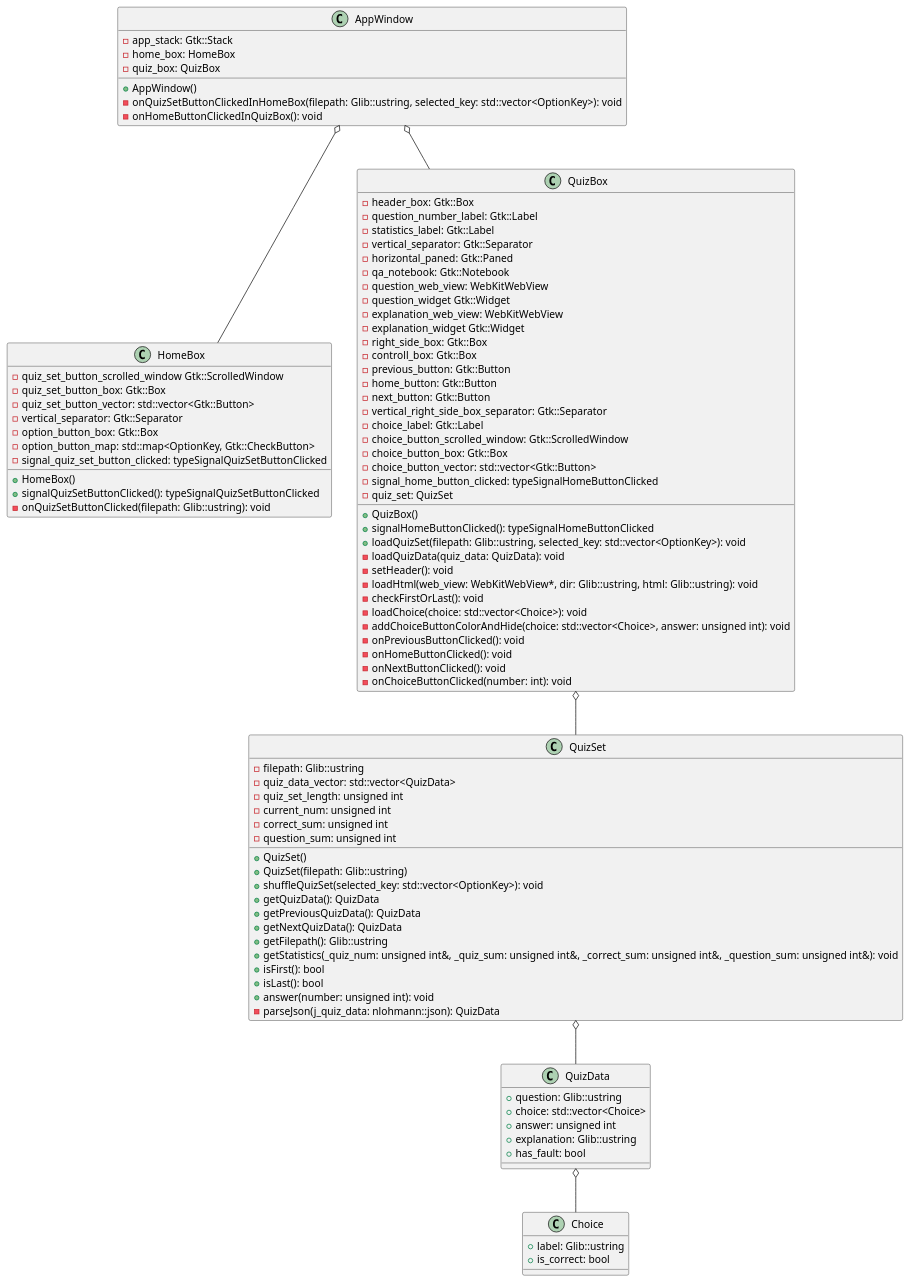
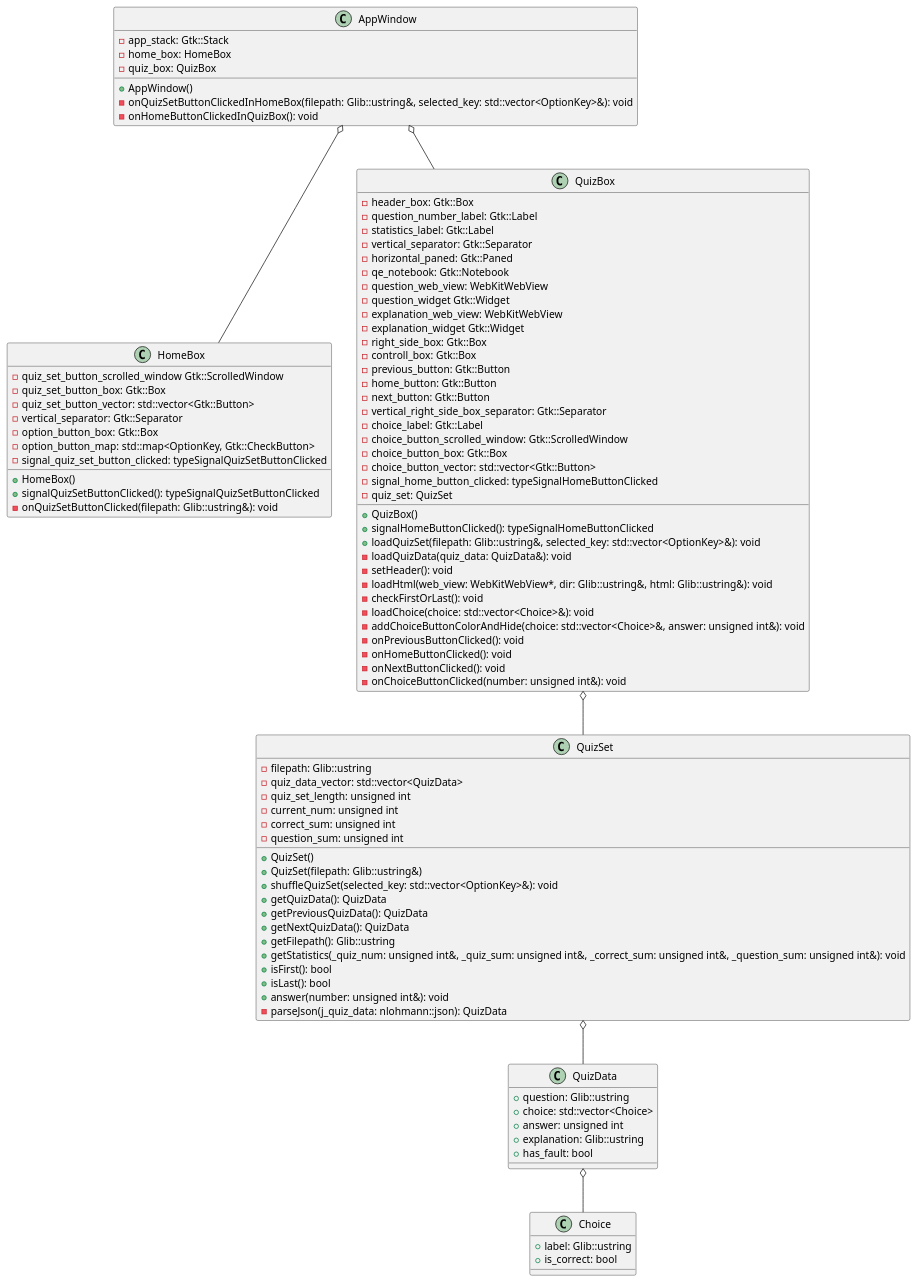
Before and after one commit to mikiya1130/Multiple_Choice_Quiz: the diagram in design/class_diagram.plantuml, drawn with PlantUML. The commit also changed 8 other files, not shown here.

```diff
--- a/design/class_diagram.plantuml
+++ b/design/class_diagram.plantuml
@@ -1,107 +1,107 @@
 @startuml class_diagram
 
 class AppWindow {
     - app_stack: Gtk::Stack
     - home_box: HomeBox
     - quiz_box: QuizBox
 
     + AppWindow()
-    - onQuizSetButtonClickedInHomeBox(filepath: Glib::ustring, selected_key: std::vector<OptionKey>): void
+    - onQuizSetButtonClickedInHomeBox(filepath: Glib::ustring&, selected_key: std::vector<OptionKey>&): void
     - onHomeButtonClickedInQuizBox(): void
 }
 
 class HomeBox {
     - quiz_set_button_scrolled_window Gtk::ScrolledWindow
     - quiz_set_button_box: Gtk::Box
     - quiz_set_button_vector: std::vector<Gtk::Button>
     - vertical_separator: Gtk::Separator
     - option_button_box: Gtk::Box
     - option_button_map: std::map<OptionKey, Gtk::CheckButton>
     - signal_quiz_set_button_clicked: typeSignalQuizSetButtonClicked
 
     + HomeBox()
     + signalQuizSetButtonClicked(): typeSignalQuizSetButtonClicked
-    - onQuizSetButtonClicked(filepath: Glib::ustring): void
+    - onQuizSetButtonClicked(filepath: Glib::ustring&): void
 }
 
 class QuizBox {
     - header_box: Gtk::Box
     - question_number_label: Gtk::Label
     - statistics_label: Gtk::Label
     - vertical_separator: Gtk::Separator
     - horizontal_paned: Gtk::Paned
-    - qa_notebook: Gtk::Notebook
+    - qe_notebook: Gtk::Notebook
     - question_web_view: WebKitWebView
     - question_widget Gtk::Widget
     - explanation_web_view: WebKitWebView
     - explanation_widget Gtk::Widget
     - right_side_box: Gtk::Box
     - controll_box: Gtk::Box
     - previous_button: Gtk::Button
     - home_button: Gtk::Button
     - next_button: Gtk::Button
     - vertical_right_side_box_separator: Gtk::Separator
     - choice_label: Gtk::Label
     - choice_button_scrolled_window: Gtk::ScrolledWindow
     - choice_button_box: Gtk::Box
     - choice_button_vector: std::vector<Gtk::Button>
     - signal_home_button_clicked: typeSignalHomeButtonClicked
     - quiz_set: QuizSet
 
     + QuizBox()
     + signalHomeButtonClicked(): typeSignalHomeButtonClicked
-    + loadQuizSet(filepath: Glib::ustring, selected_key: std::vector<OptionKey>): void
-    - loadQuizData(quiz_data: QuizData): void
+    + loadQuizSet(filepath: Glib::ustring&, selected_key: std::vector<OptionKey>&): void
+    - loadQuizData(quiz_data: QuizData&): void
     - setHeader(): void
-    - loadHtml(web_view: WebKitWebView*, dir: Glib::ustring, html: Glib::ustring): void
+    - loadHtml(web_view: WebKitWebView*, dir: Glib::ustring&, html: Glib::ustring&): void
     - checkFirstOrLast(): void
-    - loadChoice(choice: std::vector<Choice>): void
-    - addChoiceButtonColorAndHide(choice: std::vector<Choice>, answer: unsigned int): void
+    - loadChoice(choice: std::vector<Choice>&): void
+    - addChoiceButtonColorAndHide(choice: std::vector<Choice>&, answer: unsigned int&): void
     - onPreviousButtonClicked(): void
     - onHomeButtonClicked(): void
     - onNextButtonClicked(): void
-    - onChoiceButtonClicked(number: int): void
+    - onChoiceButtonClicked(number: unsigned int&): void
 }
 
 class QuizSet {
     - filepath: Glib::ustring
     - quiz_data_vector: std::vector<QuizData>
     - quiz_set_length: unsigned int
     - current_num: unsigned int
     - correct_sum: unsigned int
     - question_sum: unsigned int
 
     + QuizSet()
-    + QuizSet(filepath: Glib::ustring)
-    + shuffleQuizSet(selected_key: std::vector<OptionKey>): void
+    + QuizSet(filepath: Glib::ustring&)
+    + shuffleQuizSet(selected_key: std::vector<OptionKey>&): void
     + getQuizData(): QuizData
     + getPreviousQuizData(): QuizData
     + getNextQuizData(): QuizData
     + getFilepath(): Glib::ustring
     + getStatistics(_quiz_num: unsigned int&, _quiz_sum: unsigned int&, _correct_sum: unsigned int&, _question_sum: unsigned int&): void
     + isFirst(): bool
     + isLast(): bool
-    + answer(number: unsigned int): void
+    + answer(number: unsigned int&): void
     - parseJson(j_quiz_data: nlohmann::json): QuizData
 }
 
 class QuizData {
     + question: Glib::ustring
     + choice: std::vector<Choice>
     + answer: unsigned int
     + explanation: Glib::ustring
     + has_fault: bool
 }
 
 class Choice {
     + label: Glib::ustring
     + is_correct: bool
 }
 
 AppWindow o-- HomeBox
 AppWindow o-- QuizBox
 QuizBox o-- QuizSet
 QuizSet o-- QuizData
 QuizData o-- Choice
 
 @enduml
```
